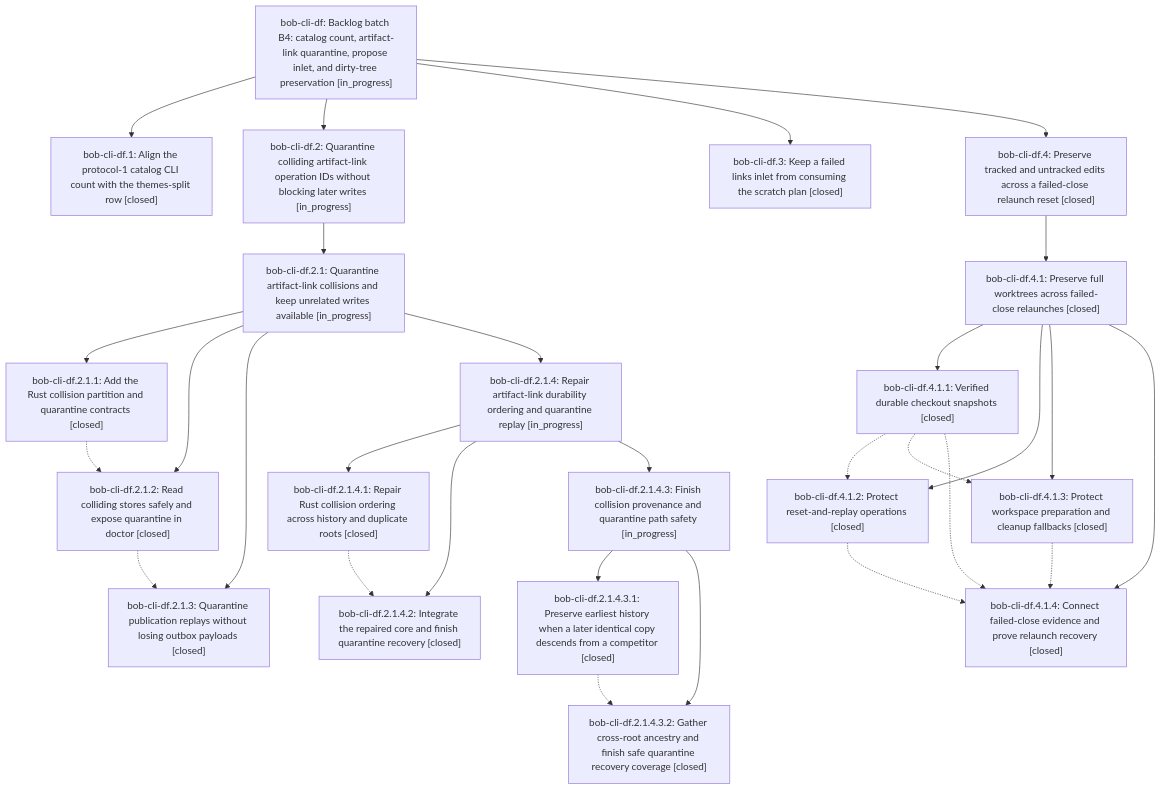
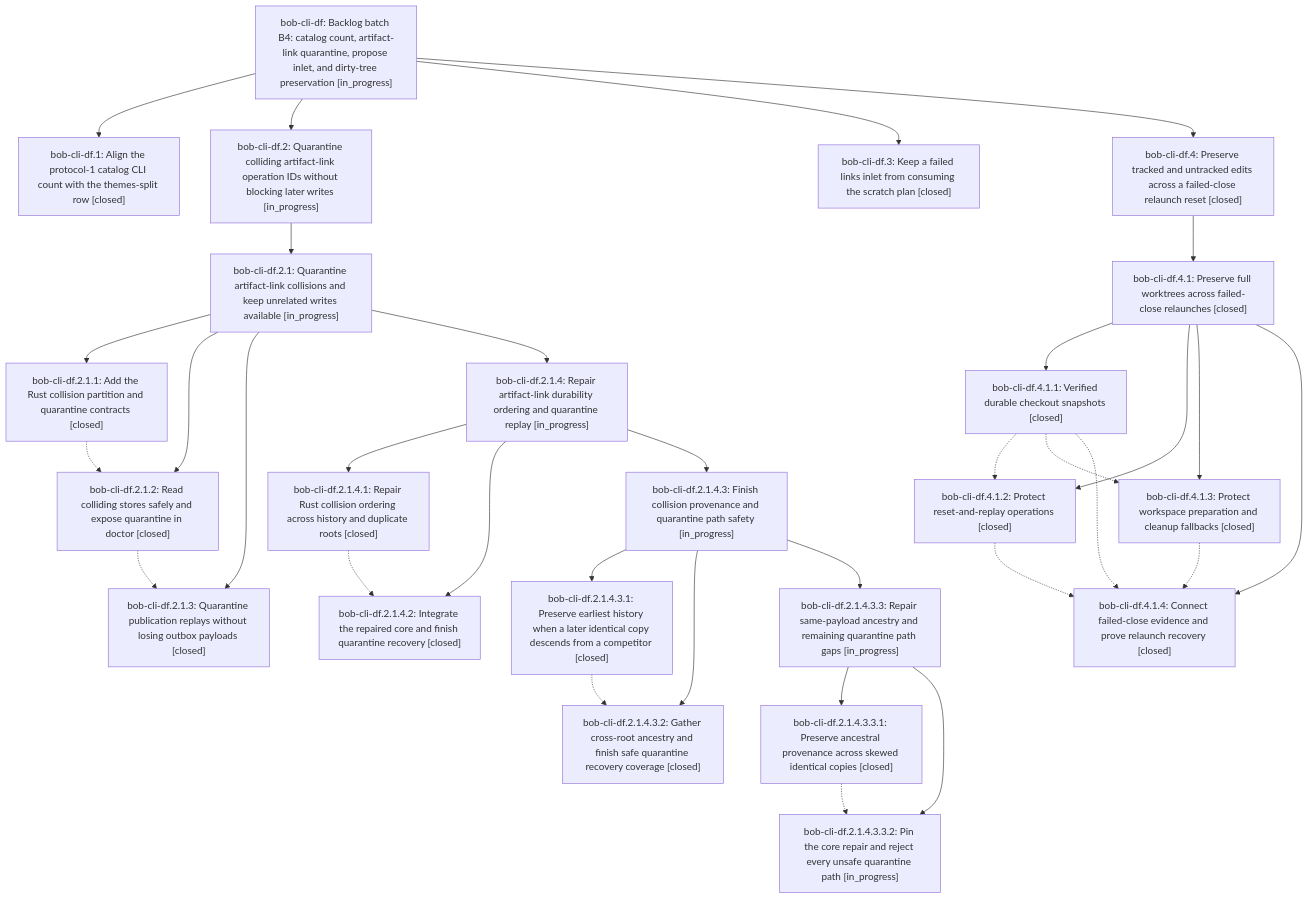
One commit to bobs-org/bob-cli--beads changed the diagram in pages/bob-cli-df/README.md. Above: the diagram before and after it, drawn with Mermaid. The commit also changed other lines of this file and 6 other files, not shown here.

First line of the commit message:
chore(beads): sync bead state and pages for bob-cli-df

````diff
--- a/pages/bob-cli-df/README.md
+++ b/pages/bob-cli-df/README.md
@@ -45,51 +47,58 @@
 ```mermaid
 flowchart TD
     n0["bob-cli-df: Backlog batch B4: catalog count, artifact-link quarantine, propose inlet, and dirty-tree preservation [in_progress]"]
     n1["bob-cli-df.1: Align the protocol-1 catalog CLI count with the themes-split row [closed]"]
     n2["bob-cli-df.2: Quarantine colliding artifact-link operation IDs without blocking later writes [in_progress]"]
     n3["bob-cli-df.2.1: Quarantine artifact-link collisions and keep unrelated writes available [in_progress]"]
     n4["bob-cli-df.2.1.1: Add the Rust collision partition and quarantine contracts [closed]"]
     n5["bob-cli-df.2.1.2: Read colliding stores safely and expose quarantine in doctor [closed]"]
     n6["bob-cli-df.2.1.3: Quarantine publication replays without losing outbox payloads [closed]"]
     n7["bob-cli-df.2.1.4: Repair artifact-link durability ordering and quarantine replay [in_progress]"]
     n8["bob-cli-df.2.1.4.1: Repair Rust collision ordering across history and duplicate roots [closed]"]
     n9["bob-cli-df.2.1.4.2: Integrate the repaired core and finish quarantine recovery [closed]"]
     n10["bob-cli-df.2.1.4.3: Finish collision provenance and quarantine path safety [in_progress]"]
     n11["bob-cli-df.2.1.4.3.1: Preserve earliest history when a later identical copy descends from a competitor [closed]"]
     n12["bob-cli-df.2.1.4.3.2: Gather cross-root ancestry and finish safe quarantine recovery coverage [closed]"]
-    n13["bob-cli-df.3: Keep a failed links inlet from consuming the scratch plan [closed]"]
-    n14["bob-cli-df.4: Preserve tracked and untracked edits across a failed-close relaunch reset [closed]"]
-    n15["bob-cli-df.4.1: Preserve full worktrees across failed-close relaunches [closed]"]
-    n16["bob-cli-df.4.1.1: Verified durable checkout snapshots [closed]"]
-    n17["bob-cli-df.4.1.2: Protect reset-and-replay operations [closed]"]
-    n18["bob-cli-df.4.1.3: Protect workspace preparation and cleanup fallbacks [closed]"]
-    n19["bob-cli-df.4.1.4: Connect failed-close evidence and prove relaunch recovery [closed]"]
+    n13["bob-cli-df.2.1.4.3.3: Repair same-payload ancestry and remaining quarantine path gaps [in_progress]"]
+    n14["bob-cli-df.2.1.4.3.3.1: Preserve ancestral provenance across skewed identical copies [closed]"]
+    n15["bob-cli-df.2.1.4.3.3.2: Pin the core repair and reject every unsafe quarantine path [in_progress]"]
+    n16["bob-cli-df.3: Keep a failed links inlet from consuming the scratch plan [closed]"]
+    n17["bob-cli-df.4: Preserve tracked and untracked edits across a failed-close relaunch reset [closed]"]
+    n18["bob-cli-df.4.1: Preserve full worktrees across failed-close relaunches [closed]"]
+    n19["bob-cli-df.4.1.1: Verified durable checkout snapshots [closed]"]
+    n20["bob-cli-df.4.1.2: Protect reset-and-replay operations [closed]"]
+    n21["bob-cli-df.4.1.3: Protect workspace preparation and cleanup fallbacks [closed]"]
+    n22["bob-cli-df.4.1.4: Connect failed-close evidence and prove relaunch recovery [closed]"]
     n0 --> n1
     n0 --> n2
     n2 --> n3
     n3 --> n4
     n3 --> n5
     n3 --> n6
     n3 --> n7
     n7 --> n8
     n7 --> n9
     n7 --> n10
     n10 --> n11
     n10 --> n12
-    n0 --> n13
-    n0 --> n14
-    n14 --> n15
-    n15 --> n16
-    n15 --> n17
-    n15 --> n18
-    n15 --> n19
+    n10 --> n13
+    n13 --> n14
+    n13 --> n15
+    n0 --> n16
+    n0 --> n17
+    n17 --> n18
+    n18 --> n19
+    n18 --> n20
+    n18 --> n21
+    n18 --> n22
     n4 -.-> n5
     n5 -.-> n6
     n8 -.-> n9
     n11 -.-> n12
-    n16 -.-> n17
-    n16 -.-> n18
-    n16 -.-> n19
-    n17 -.-> n19
-    n18 -.-> n19
+    n14 -.-> n15
+    n19 -.-> n20
+    n19 -.-> n21
+    n19 -.-> n22
+    n20 -.-> n22
+    n21 -.-> n22
 ```
````
